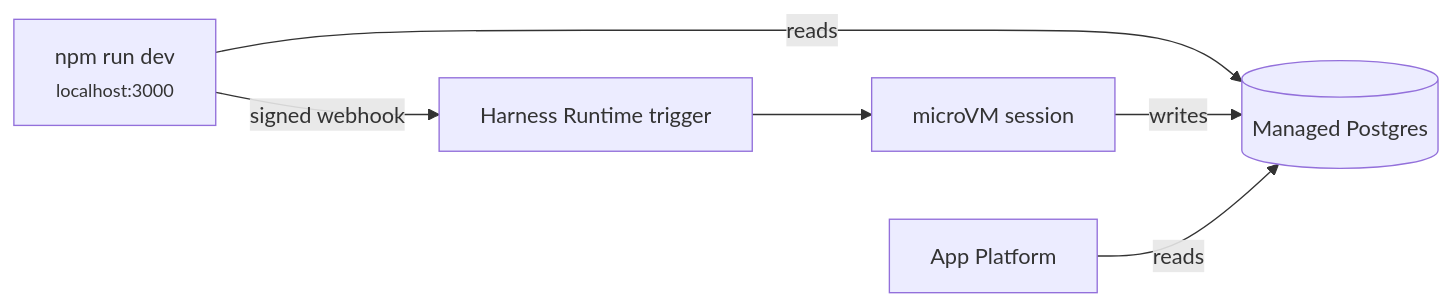
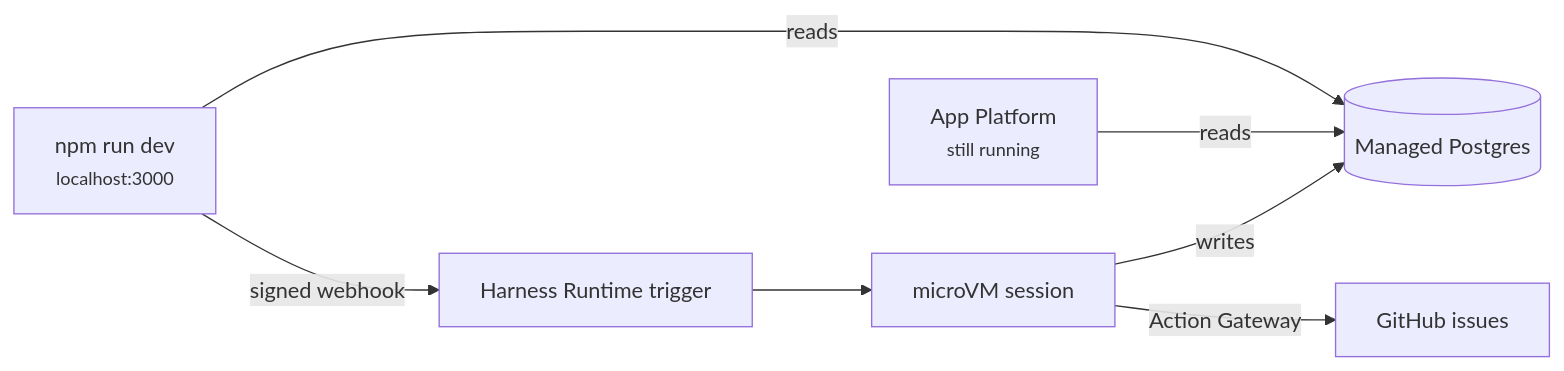
The third of 3 diagrams in README.md (hgonzalez-do/facility_issue_demo), drawn with Mermaid before and after one commit. The commit also changed other lines of this file and 1 other file, not shown here.

````diff
--- a/README.md
+++ b/README.md
@@ -132,8 +145,9 @@
 ```mermaid
 flowchart LR
     L["npm run dev<br/><small>localhost:3000</small>"] -->|reads| PG[("Managed Postgres")]
     L -->|signed webhook| T["Harness Runtime trigger"]
     T --> V["microVM session"]
     V -->|writes| PG
-    A["App Platform"] -->|reads| PG
+    V -->|Action Gateway| GH["GitHub issues"]
+    A["App Platform<br/><small>still running</small>"] -->|reads| PG
 ```
````
